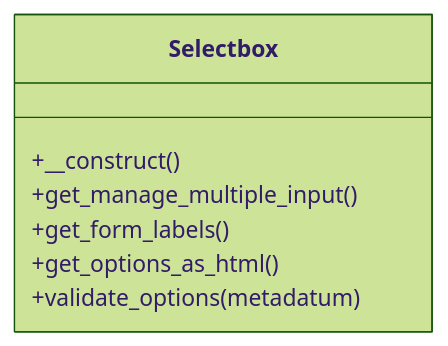
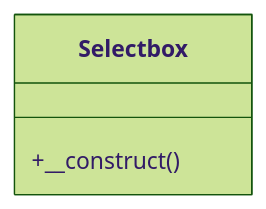
The diagram in docs/phpdoc/classes/Tainacan/Metadata_Types/Selectbox.md (tainacan/tainacan), drawn with Mermaid (forest theme) before and after one commit. The commit also changed other lines of this file and 122 other files, not shown here.

````diff
--- a/docs/phpdoc/classes/Tainacan/Metadata_Types/Selectbox.md
+++ b/docs/phpdoc/classes/Tainacan/Metadata_Types/Selectbox.md
@@ -12,11 +12,7 @@
 ```mermaid
 classDiagram
     direction TB
     class Selectbox {
         +__construct()
-        +get_manage_multiple_input()
-        +get_form_labels()
-        +get_options_as_html()
-        +validate_options(metadatum)
     }
 ```
````
